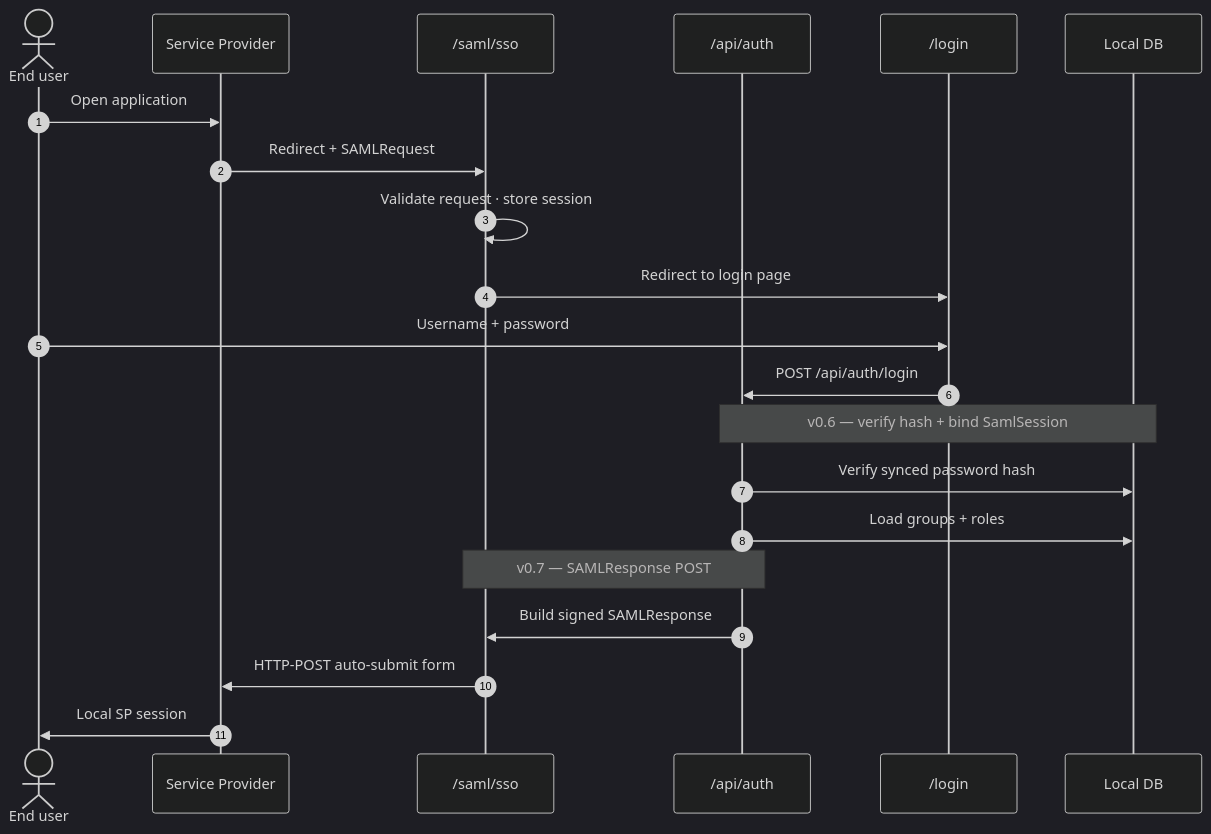
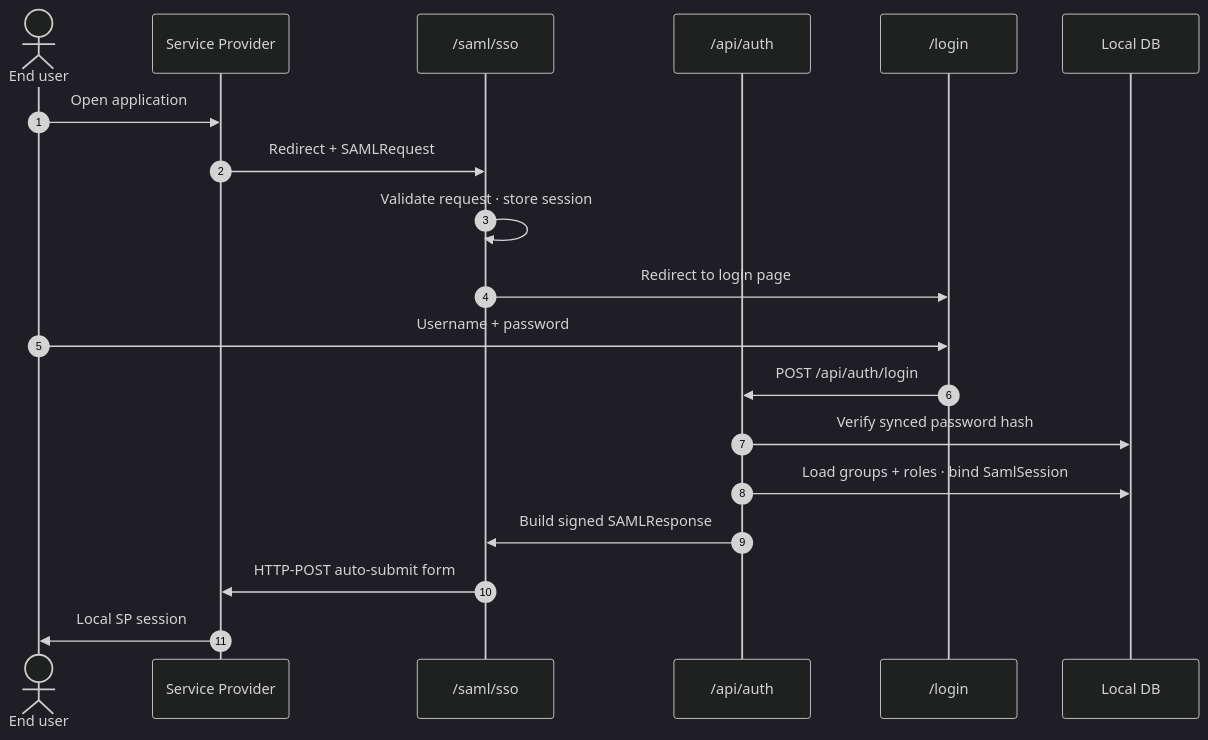
The diagram in docs/img/sso-flow.mmd (01laky/NestIdP), drawn with Mermaid (dark theme) before and after one commit. The commit also changed 74 other files, not shown here.

```diff
--- a/docs/img/sso-flow.mmd
+++ b/docs/img/sso-flow.mmd
@@ -1,22 +1,20 @@
 sequenceDiagram
 	autonumber
 	actor User as End user
 	participant SP as Service Provider
 	participant SAML as /saml/sso
 	participant Auth as /api/auth
 	participant Login as /login
 	participant DB as Local DB
 
 	User->>SP: Open application
 	SP->>SAML: Redirect + SAMLRequest
 	SAML->>SAML: Validate request · store session
 	SAML->>Login: Redirect to login page
 	User->>Login: Username + password
 	Login->>Auth: POST /api/auth/login
-	Note over Auth,DB: v0.6 — verify hash + bind SamlSession
 	Auth->>DB: Verify synced password hash
-	Auth->>DB: Load groups + roles
-	Note over Auth,SAML: v0.7 — SAMLResponse POST
+	Auth->>DB: Load groups + roles · bind SamlSession
 	Auth->>SAML: Build signed SAMLResponse
 	SAML->>SP: HTTP-POST auto-submit form
 	SP->>User: Local SP session
```
